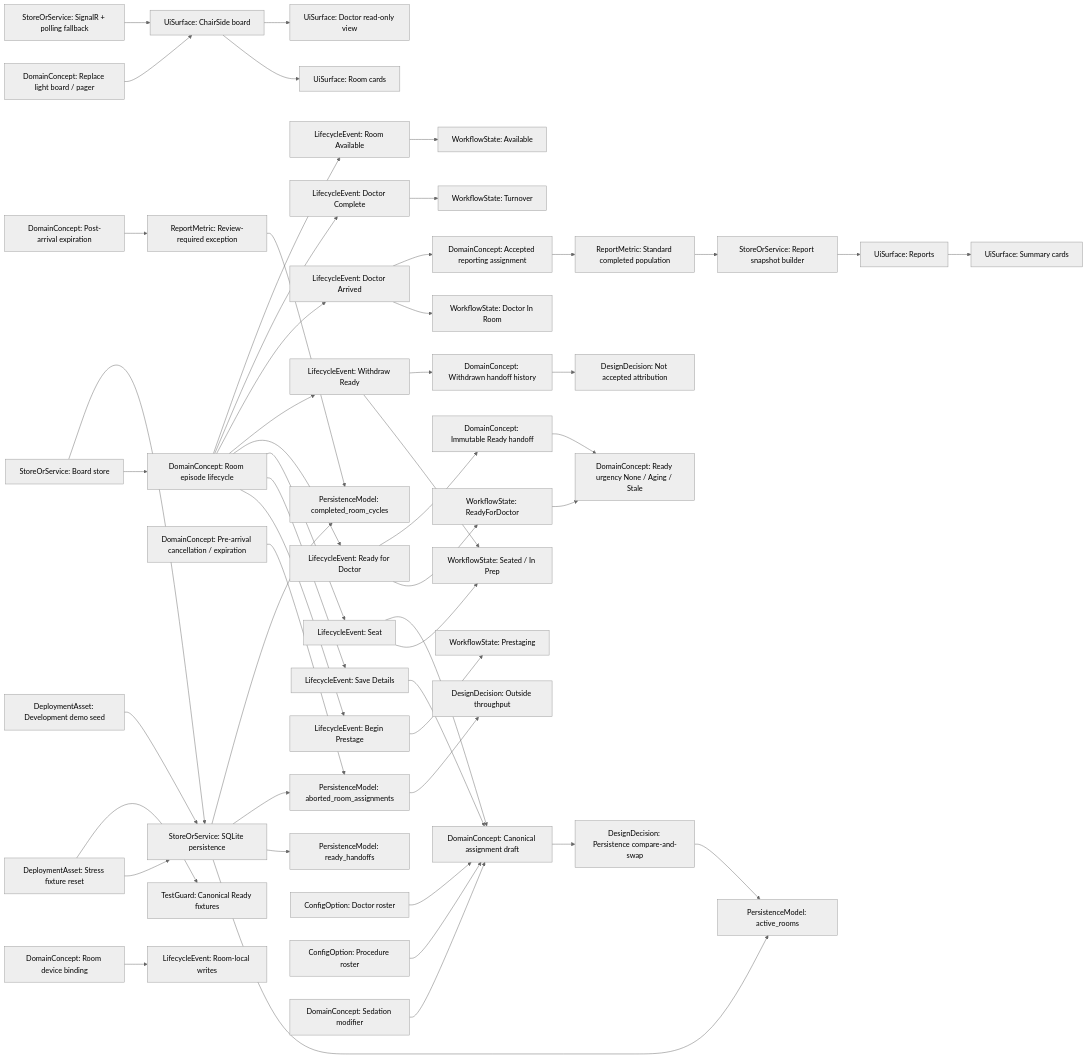
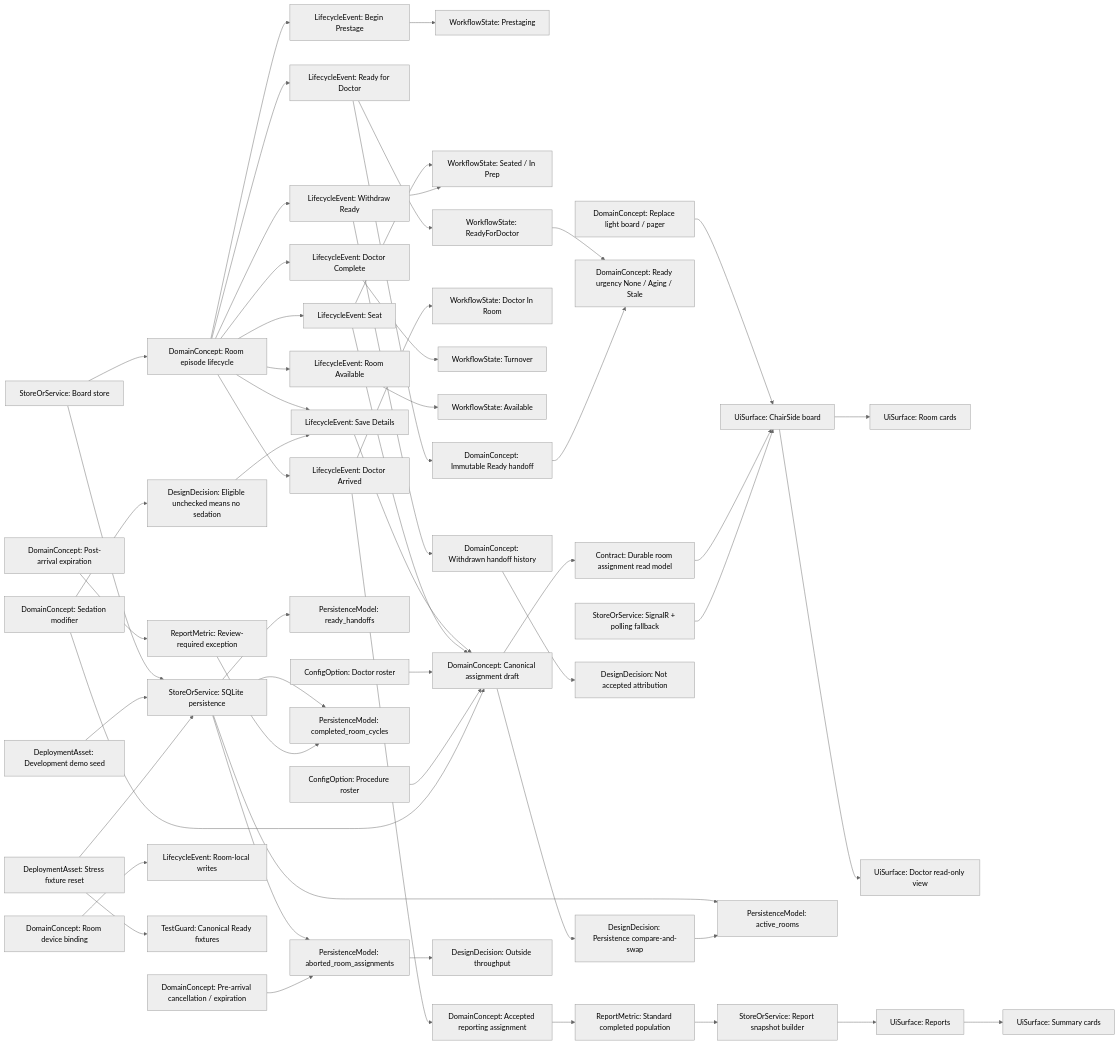
One commit to binary0rb/ChairSide changed the diagram in docs/knowledge-graph/chairside.graph.md. Above: the diagram before and after it, drawn with Mermaid (neutral theme). The commit also changed other lines of this file and 15 other files, not shown here.

Commit message:
feat: implement canonical room-panel Prestaging workflow (#133)

````diff
--- a/docs/knowledge-graph/chairside.graph.md
+++ b/docs/knowledge-graph/chairside.graph.md
@@ -7,61 +7,65 @@
 ```mermaid
 flowchart LR
     LightBoardReplacement["DomainConcept: Replace light board / pager"] --> BoardUi["UiSurface: ChairSide board"]
     BoardUi --> RoomCards["UiSurface: Room cards"]
     BoardUi --> DoctorView["UiSurface: Doctor read-only view"]
 
     RoomLifecycle["DomainConcept: Room episode lifecycle"] --> BeginPrestage["LifecycleEvent: Begin Prestage"]
     RoomLifecycle --> SaveDetails["LifecycleEvent: Save Details"]
     RoomLifecycle --> Seat["LifecycleEvent: Seat"]
     RoomLifecycle --> Ready["LifecycleEvent: Ready for Doctor"]
     RoomLifecycle --> Withdraw["LifecycleEvent: Withdraw Ready"]
     RoomLifecycle --> DoctorArrived["LifecycleEvent: Doctor Arrived"]
     RoomLifecycle --> DoctorComplete["LifecycleEvent: Doctor Complete"]
     RoomLifecycle --> RoomAvailable["LifecycleEvent: Room Available"]
 
     BeginPrestage --> Prestaging["WorkflowState: Prestaging"]
     Seat --> Seated["WorkflowState: Seated / In Prep"]
     Ready --> ReadyState["WorkflowState: ReadyForDoctor"]
     ReadyState --> ReadyUrgency["DomainConcept: Ready urgency None / Aging / Stale"]
     Withdraw --> Seated
     DoctorArrived --> InRoom["WorkflowState: Doctor In Room"]
     DoctorComplete --> Turnover["WorkflowState: Turnover"]
     RoomAvailable --> Available["WorkflowState: Available"]
 
     SaveDetails --> CanonicalAssignment["DomainConcept: Canonical assignment draft"]
     Seat --> CanonicalAssignment
     CanonicalAssignment --> CasGuard["DesignDecision: Persistence compare-and-swap"]
     Ready --> ReadyHandoff["DomainConcept: Immutable Ready handoff"]
     ReadyHandoff --> ReadyUrgency
     Withdraw --> WithdrawnHandoff["DomainConcept: Withdrawn handoff history"]
     DoctorArrived --> AcceptedHandoff["DomainConcept: Accepted reporting assignment"]
 
     BoardStore["StoreOrService: Board store"] --> RoomLifecycle
     BoardStore --> Persistence["StoreOrService: SQLite persistence"]
     Persistence --> ActiveRooms["PersistenceModel: active_rooms"]
     Persistence --> Handoffs["PersistenceModel: ready_handoffs"]
     Persistence --> Aborts["PersistenceModel: aborted_room_assignments"]
     Persistence --> Cycles["PersistenceModel: completed_room_cycles"]
     CasGuard --> ActiveRooms
 
     PreArrivalTermination["DomainConcept: Pre-arrival cancellation / expiration"] --> Aborts
     PostArrivalExpiration["DomainConcept: Post-arrival expiration"] --> ReviewException["ReportMetric: Review-required exception"]
     ReviewException --> Cycles
 
     Reports["UiSurface: Reports"] --> SummaryCards["UiSurface: Summary cards"]
     ReportsBuilder["StoreOrService: Report snapshot builder"] --> Reports
     AcceptedHandoff --> StandardPopulation["ReportMetric: Standard completed population"]
     StandardPopulation --> ReportsBuilder
     WithdrawnHandoff --> AuditOnly["DesignDecision: Not accepted attribution"]
     Aborts --> OutsideThroughput["DesignDecision: Outside throughput"]
 
     DoctorRoster["ConfigOption: Doctor roster"] --> CanonicalAssignment
     ProcedureRoster["ConfigOption: Procedure roster"] --> CanonicalAssignment
     SedationModifier["DomainConcept: Sedation modifier"] --> CanonicalAssignment
+    SedationModifier --> OptionalSedation["DesignDecision: Eligible unchecked means no sedation"]
+    OptionalSedation --> SaveDetails
+    CanonicalAssignment --> RoomReadModel["Contract: Durable room assignment read model"]
+    RoomReadModel --> BoardUi
     DeviceBinding["DomainConcept: Room device binding"] --> Mutations["LifecycleEvent: Room-local writes"]
     Realtime["StoreOrService: SignalR + polling fallback"] --> BoardUi
 
     DevelopmentSeed["DeploymentAsset: Development demo seed"] --> Persistence
     MaintenanceReset["DeploymentAsset: Stress fixture reset"] --> Persistence
     MaintenanceReset --> CanonicalFixtures["TestGuard: Canonical Ready fixtures"]
 ```
````
